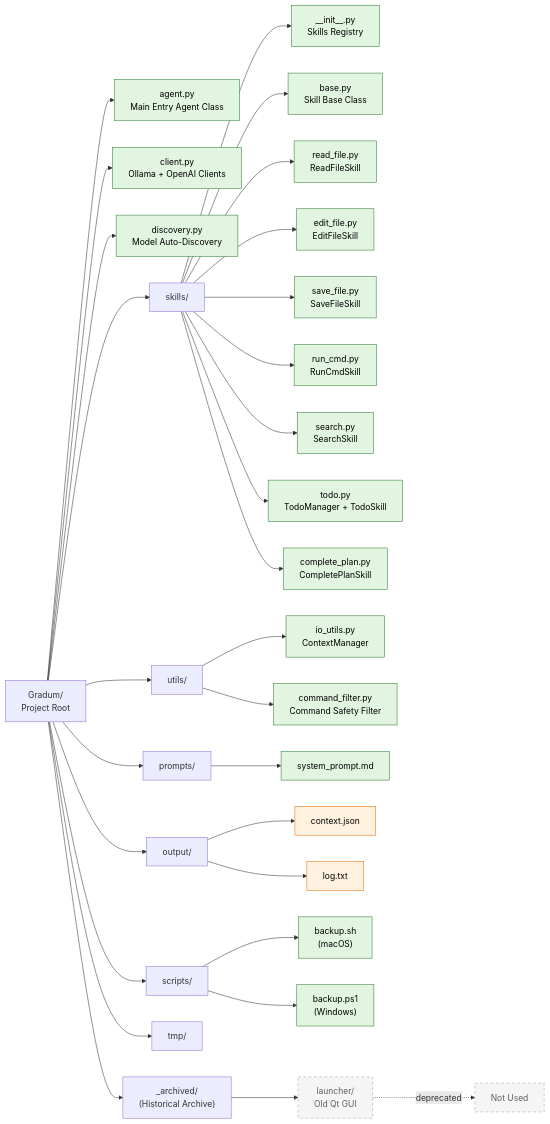
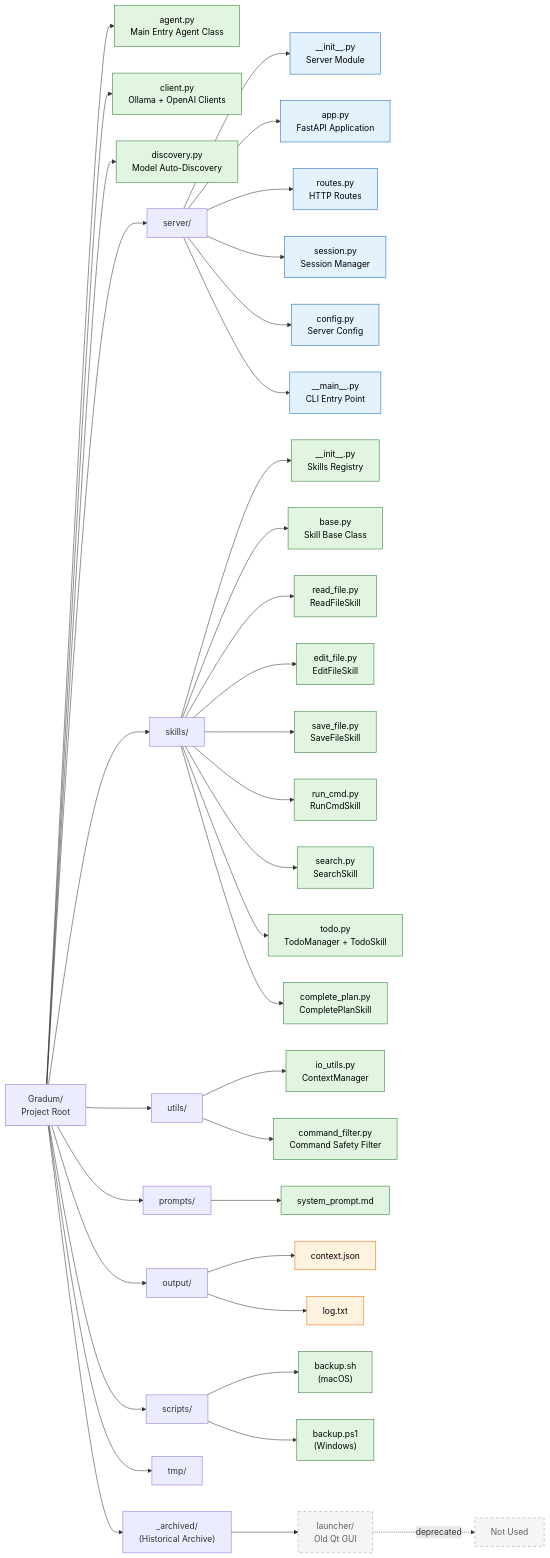
Before and after one commit to lg841226/Gradum: the first of 15 diagrams in docs/ARCHITECTURE.md, drawn with Mermaid. The commit also changed other lines of this file and 7 other files, not shown here.

````diff
--- a/docs/ARCHITECTURE.md
+++ b/docs/ARCHITECTURE.md
@@ -193,48 +195,58 @@
 ```mermaid
 graph LR
     Root["Gradum/<br/>Project Root"]
 
     Root --> Agent["agent.py<br/>Main Entry Agent Class"]
     Root --> Client["client.py<br/>Ollama + OpenAI Clients"]
     Root --> Discovery["discovery.py<br/>Model Auto-Discovery"]
+    Root --> ServerDir["server/"]
 
     Root --> SkillsDir["skills/"]
     Root --> Utils["utils/"]
     Root --> Prompts["prompts/"]
     Root --> Output["output/"]
     Root --> Scripts["scripts/"]
     Root --> Tmp["tmp/"]
     Root --> Archived["_archived/<br/>(Historical Archive)"]
+
+    ServerDir --> SV_Init["__init__.py<br/>Server Module"]
+    ServerDir --> SV_App["app.py<br/>FastAPI Application"]
+    ServerDir --> SV_Routes["routes.py<br/>HTTP Routes"]
+    ServerDir --> SV_Session["session.py<br/>Session Manager"]
+    ServerDir --> SV_Config["config.py<br/>Server Config"]
+    ServerDir --> SV_Main["__main__.py<br/>CLI Entry Point"]
 
     SkillsDir --> SK_Init["__init__.py<br/>Skills Registry"]
     SkillsDir --> SK_Base["base.py<br/>Skill Base Class"]
     SkillsDir --> SK_Read["read_file.py<br/>ReadFileSkill"]
     SkillsDir --> SK_Edit["edit_file.py<br/>EditFileSkill"]
     SkillsDir --> SK_Save["save_file.py<br/>SaveFileSkill"]
     SkillsDir --> SK_Cmd["run_cmd.py<br/>RunCmdSkill"]
     SkillsDir --> SK_Search["search.py<br/>SearchSkill"]
     SkillsDir --> SK_Todo["todo.py<br/>TodoManager + TodoSkill"]
     SkillsDir --> SK_Finish["complete_plan.py<br/>CompletePlanSkill"]
 
     Utils --> IO["io_utils.py<br/>ContextManager"]
     Utils --> CF["command_filter.py<br/>Command Safety Filter"]
 
     Prompts --> SysPrompt["system_prompt.md"]
 
     Output --> Ctx["context.json"]
     Output --> Log["log.txt"]
 
     Scripts --> Bsh["backup.sh<br/>(macOS)"]
     Scripts --> Bps1["backup.ps1<br/>(Windows)"]
 
     Archived --> Launcher["launcher/<br/>Old Qt GUI"]
     Launcher -.->|"deprecated"| NoUse["Not Used"]
 
     classDef active fill:#e1f5e1,stroke:#2e7d32,color:#000
     classDef archive fill:#f5f5f5,stroke:#9e9e9e,color:#616161,stroke-dasharray: 5
     classDef data fill:#fff3e0,stroke:#ef6c00,color:#000
+    classDef server fill:#e3f2fd,stroke:#1565c0,color:#000
 
     class Agent,Client,Discovery,SK_Init,SK_Base,SK_Read,SK_Edit,SK_Save,SK_Cmd,SK_Search,SK_Todo,SK_Finish,IO,CF,SysPrompt,Bsh,Bps1 active
+    class SV_Init,SV_App,SV_Routes,SV_Session,SV_Config,SV_Main server
     class Ctx,Log data
     class Launcher,NoUse archive
 ```
````
